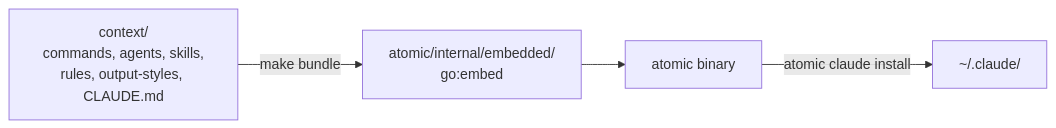
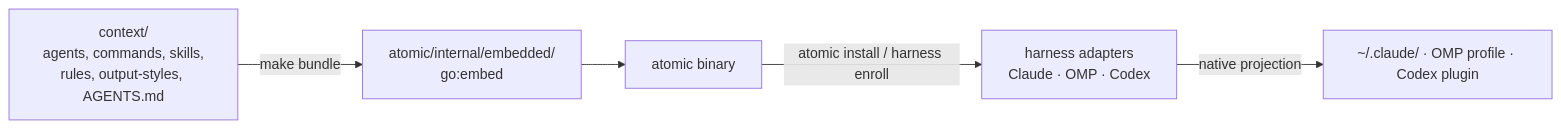
Before and after one commit to damusix/atomic-claude: the diagram in docs/wiki/index.md, drawn with Mermaid. The commit also changed other lines of this file and 7 other files, not shown here.

````diff
--- a/docs/wiki/index.md
+++ b/docs/wiki/index.md
@@ -18,6 +18,7 @@
 ```mermaid
 flowchart LR
-    CTX["context/<br/>commands, agents, skills,<br/>rules, output-styles, CLAUDE.md"] -->|make bundle| EMB["atomic/internal/embedded/<br/>go:embed"]
+    CTX["context/<br/>agents, commands, skills,<br/>rules, output-styles, AGENTS.md"] -->|make bundle| EMB["atomic/internal/embedded/<br/>go:embed"]
     EMB --> BIN["atomic binary"]
-    BIN -->|atomic claude install| H["~/.claude/"]
+    BIN -->|atomic install / harness enroll| ADAPT["harness adapters<br/>Claude · OMP · Codex"]
+    ADAPT -->|native projection| H["~/.claude/ · OMP profile · Codex plugin"]
 ```
````
